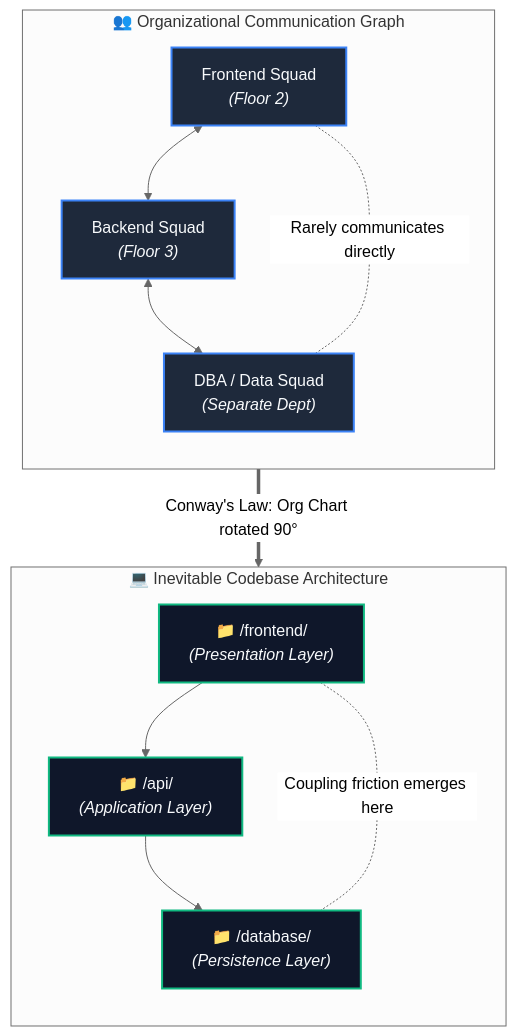
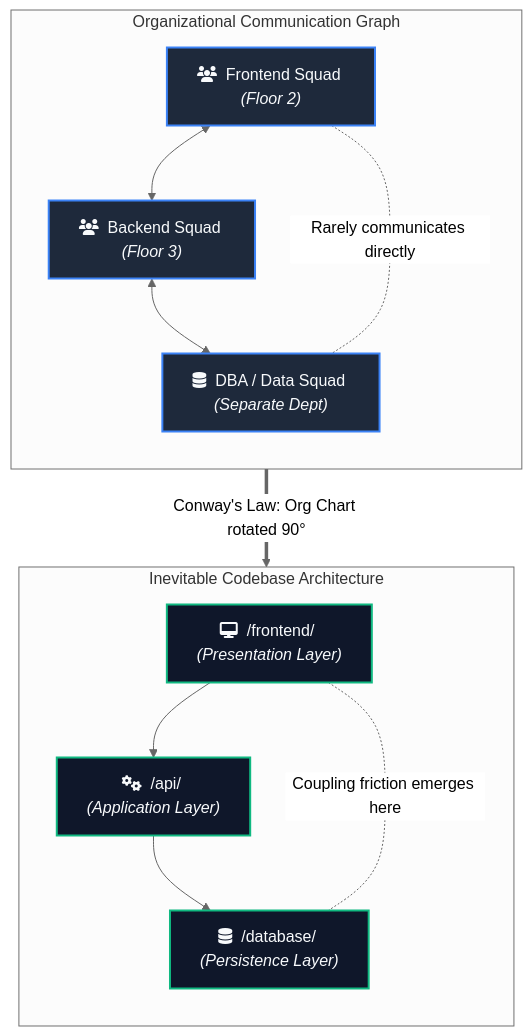
One commit to Dustu103/system-design changed the third of 9 diagrams in 01-filestructure/articles/01-your-folder-structure-is-a-message.md. Above: the diagram before and after it, drawn with Mermaid (neutral theme). The commit also changed other lines of this file and 1 other file, not shown here.

````diff
--- a/01-filestructure/articles/01-your-folder-structure-is-a-message.md
+++ b/01-filestructure/articles/01-your-folder-structure-is-a-message.md
@@ -93,23 +93,23 @@
 ```mermaid
 flowchart TD
-    subgraph ORG["👥 Organizational Communication Graph"]
+    subgraph ORG["Organizational Communication Graph"]
         direction TB
-        F["Frontend Squad<br/><i>(Floor 2)</i>"] <--> B["Backend Squad<br/><i>(Floor 3)</i>"]
-        B <--> D["DBA / Data Squad<br/><i>(Separate Dept)</i>"]
+        F["fa:fa-users &nbsp;Frontend Squad&nbsp;<br/><i>(Floor 2)</i>"] <--> B["fa:fa-users &nbsp;Backend Squad&nbsp;<br/><i>(Floor 3)</i>"]
+        B <--> D["fa:fa-database &nbsp;DBA / Data Squad&nbsp;<br/><i>(Separate Dept)</i>"]
         F -.-|"Rarely communicates directly"| D
     end
 
-    subgraph CODE["💻 Inevitable Codebase Architecture"]
+    subgraph CODE["Inevitable Codebase Architecture"]
         direction TB
-        UI["📁 /frontend/<br/><i>(Presentation Layer)</i>"] --> API["📁 /api/<br/><i>(Application Layer)</i>"]
-        API --> DB["📁 /database/<br/><i>(Persistence Layer)</i>"]
+        UI["fa:fa-desktop &nbsp;/frontend/&nbsp;<br/><i>(Presentation Layer)</i>"] --> API["fa:fa-cogs &nbsp;/api/&nbsp;<br/><i>(Application Layer)</i>"]
+        API --> DB["fa:fa-database &nbsp;/database/&nbsp;<br/><i>(Persistence Layer)</i>"]
         UI -.-|"Coupling friction emerges here"| DB
     end
 
     ORG ==>|"Conway's Law: Org Chart rotated 90°"| CODE
 
     classDef orgClass fill:#1e293b,stroke:#3b82f6,stroke-width:2px,color:#f8fafc;
     classDef codeClass fill:#0f172a,stroke:#10b981,stroke-width:2px,color:#f8fafc;
     class F,B,D orgClass;
     class UI,API,DB codeClass;
 ```
````
